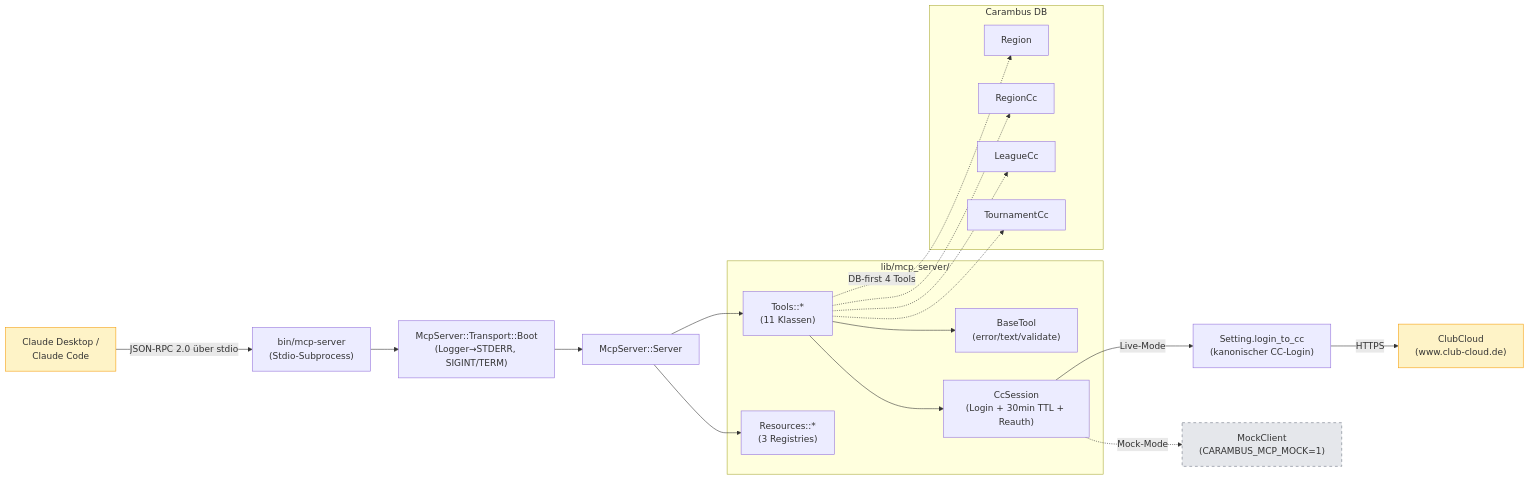
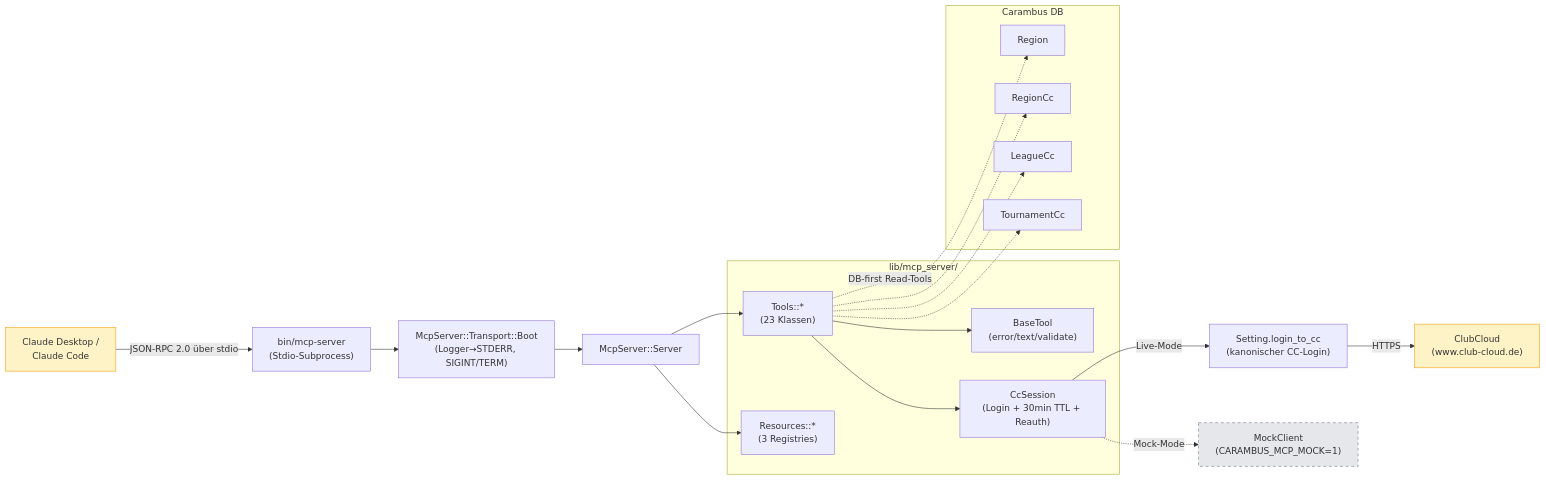
The first of 5 diagrams in docs/developers/clubcloud-mcp-server.de.md (GernotUllrich/carambus), drawn with Mermaid before and after one commit. The commit also changed other lines of this file and 23 other files, not shown here.

````diff
--- a/docs/developers/clubcloud-mcp-server.de.md
+++ b/docs/developers/clubcloud-mcp-server.de.md
@@ -63,45 +63,45 @@
 ```mermaid
 flowchart LR
     Claude["Claude Desktop /<br/>Claude Code"]
     Bin["bin/mcp-server<br/>(Stdio-Subprocess)"]
     Server["McpServer::Server"]
     Boot["McpServer::Transport::Boot<br/>(Logger→STDERR, SIGINT/TERM)"]
 
     subgraph "lib/mcp_server/"
-        Tools["Tools::*<br/>(11 Klassen)"]
+        Tools["Tools::*<br/>(23 Klassen)"]
         Resources["Resources::*<br/>(3 Registries)"]
         BaseTool["BaseTool<br/>(error/text/validate)"]
         CcSession["CcSession<br/>(Login + 30min TTL + Reauth)"]
     end
 
     subgraph "Carambus DB"
         Region["Region"]
         RegionCc["RegionCc"]
         LeagueCc["LeagueCc"]
         TournamentCc["TournamentCc"]
     end
 
     Setting["Setting.login_to_cc<br/>(kanonischer CC-Login)"]
     CC["ClubCloud<br/>(www.club-cloud.de)"]
     MockClient["MockClient<br/>(CARAMBUS_MCP_MOCK=1)"]
 
     Claude -->|JSON-RPC 2.0 über stdio| Bin
     Bin --> Boot
     Boot --> Server
     Server --> Tools
     Server --> Resources
     Tools --> BaseTool
     Tools --> CcSession
     CcSession -->|Live-Mode| Setting
     Setting -->|HTTPS| CC
     CcSession -.->|Mock-Mode| MockClient
-    Tools -.->|DB-first 4 Tools| Region
+    Tools -.->|DB-first Read-Tools| Region
     Tools -.-> RegionCc
     Tools -.-> LeagueCc
     Tools -.-> TournamentCc
 
     classDef extern fill:#fef3c7,stroke:#f59e0b
     classDef mock fill:#e5e7eb,stroke:#6b7280,stroke-dasharray: 5 5
     class Claude,CC extern
     class MockClient mock
 ```
````
